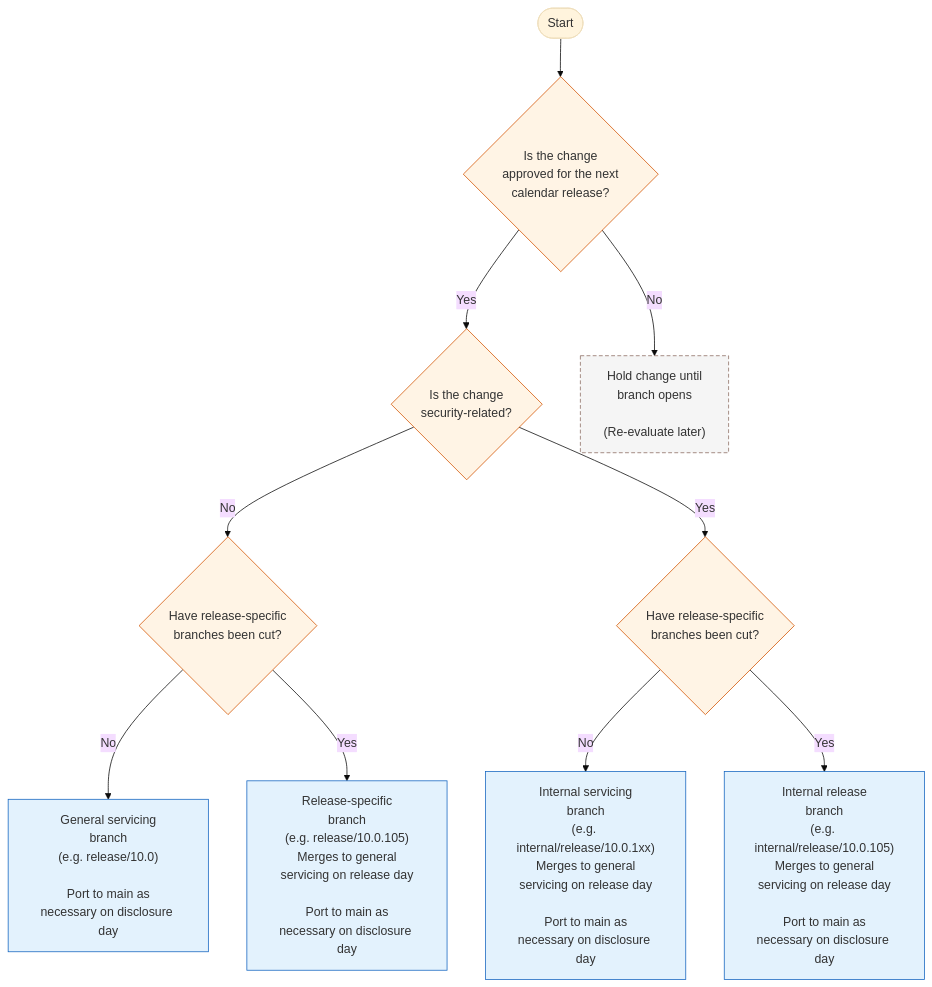
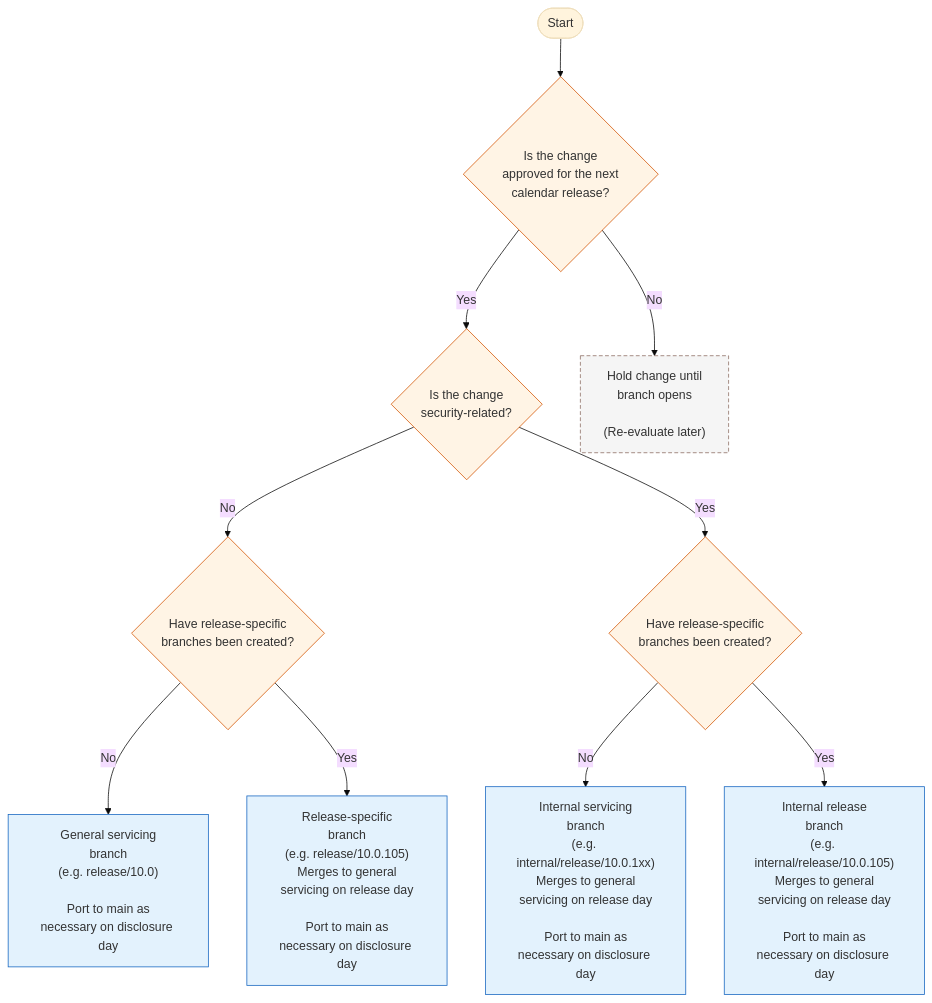
The third of 3 diagrams in docs/VMR-Change-Target-Guide.md (dotnet/dotnet), drawn with Mermaid (base theme) before and after one commit. The commit also changed other lines of this file, not shown here.

````diff
--- a/docs/VMR-Change-Target-Guide.md
+++ b/docs/VMR-Change-Target-Guide.md
@@ -128,35 +128,35 @@
 ```mermaid
 flowchart TD
     classDef decision fill:#fff4e5,stroke:#d35400,stroke-width:1px;
     classDef action fill:#e3f2fd,stroke:#1565c0,stroke-width:1px;
     classDef wait fill:#f5f5f5,stroke:#8d6e63,stroke-dasharray:5 3;
 
     start([Start])
     approved{Is the change<br/>approved for the next<br/>calendar release?}
     security{Is the change<br/>security-related?}
-    releaseCutNonSec{Have release-specific<br/>branches been cut?}
-    releaseCutSec{Have release-specific<br/>branches been cut?}
+    releaseCutNonSec{Have release-specific<br/>branches been created?}
+    releaseCutSec{Have release-specific<br/>branches been created?}
 
     generalServicing["General servicing<br/>branch<br/>(e.g. release/10.0)<br/><br/>Port to main as<br/>necessary on disclosure day"]
     releaseSpecific["Release-specific<br/>branch<br/>(e.g. release/10.0.105)<br/>Merges to general<br/>servicing on release day<br/><br/>Port to main as<br/>necessary on disclosure day"]
     internalSpecific["Internal release<br/>branch<br/>(e.g. internal/release/10.0.105)<br/>Merges to general<br/>servicing on release day<br/><br/>Port to main as<br/>necessary on disclosure day"]
     internalGeneral["Internal servicing<br/>branch<br/>(e.g. internal/release/10.0.1xx)<br/>Merges to general<br/>servicing on release day<br/><br/>Port to main as<br/>necessary on disclosure day"]
     holdChange["Hold change until<br/>branch opens<br/><br/>(Re-evaluate later)"]
 
     start --> approved
     approved -- "No" --> holdChange
     approved -- "Yes" --> security
 
     security -- "No" --> releaseCutNonSec
     security -- "Yes" --> releaseCutSec
 
     releaseCutNonSec -- "No" --> generalServicing
     releaseCutNonSec -- "Yes" --> releaseSpecific
 
     releaseCutSec -- "No" --> internalGeneral
     releaseCutSec -- "Yes" --> internalSpecific
 
     class approved,security,releaseCutNonSec,releaseCutSec decision;
     class generalServicing,releaseSpecific,internalSpecific,internalGeneral action;
     class holdChange wait;
 ```
````
